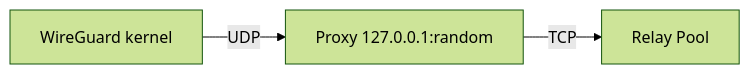
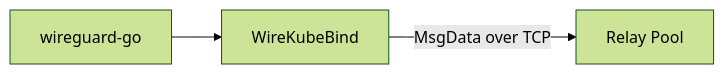
One commit to inerplat/wirekube changed the third of 4 diagrams in docs/architecture/relay.md. Above: the diagram before and after it, drawn with Mermaid (forest theme). The commit also changed other lines of this file and 47 other files, not shown here.

````diff
--- a/docs/architecture/relay.md
+++ b/docs/architecture/relay.md
@@ -103,5 +103,5 @@
 ```mermaid
 flowchart LR
-    WG[WireGuard kernel] -->|UDP| P[Proxy 127.0.0.1:random]
-    P -->|TCP| R[Relay Pool]
+    WG[wireguard-go] --> B[WireKubeBind]
+    B -->|MsgData over TCP| R[Relay Pool]
 ```
````
